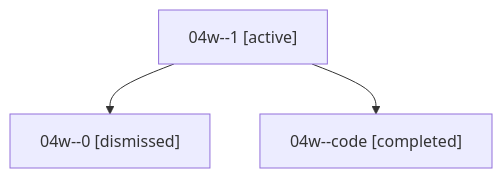
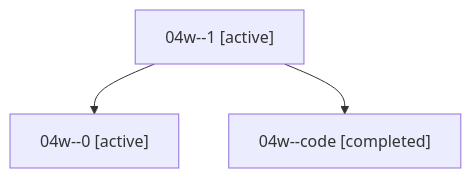
One commit to bobs-org/bob-cli--agents changed the diagram in families/bbugyi200.athena.04w.md. Above: the diagram before and after it, drawn with Mermaid. The commit also changed other lines of this file and 1279 other files, not shown here.

````diff
--- a/families/bbugyi200.athena.04w.md
+++ b/families/bbugyi200.athena.04w.md
@@ -9,8 +9,8 @@
 ```mermaid
 flowchart TD
   n0["04w--1 [active]"]
-  n1["04w--0 [dismissed]"]
+  n1["04w--0 [active]"]
   n0 --> n1
   n2["04w--code [completed]"]
   n0 --> n2
 ```
````
